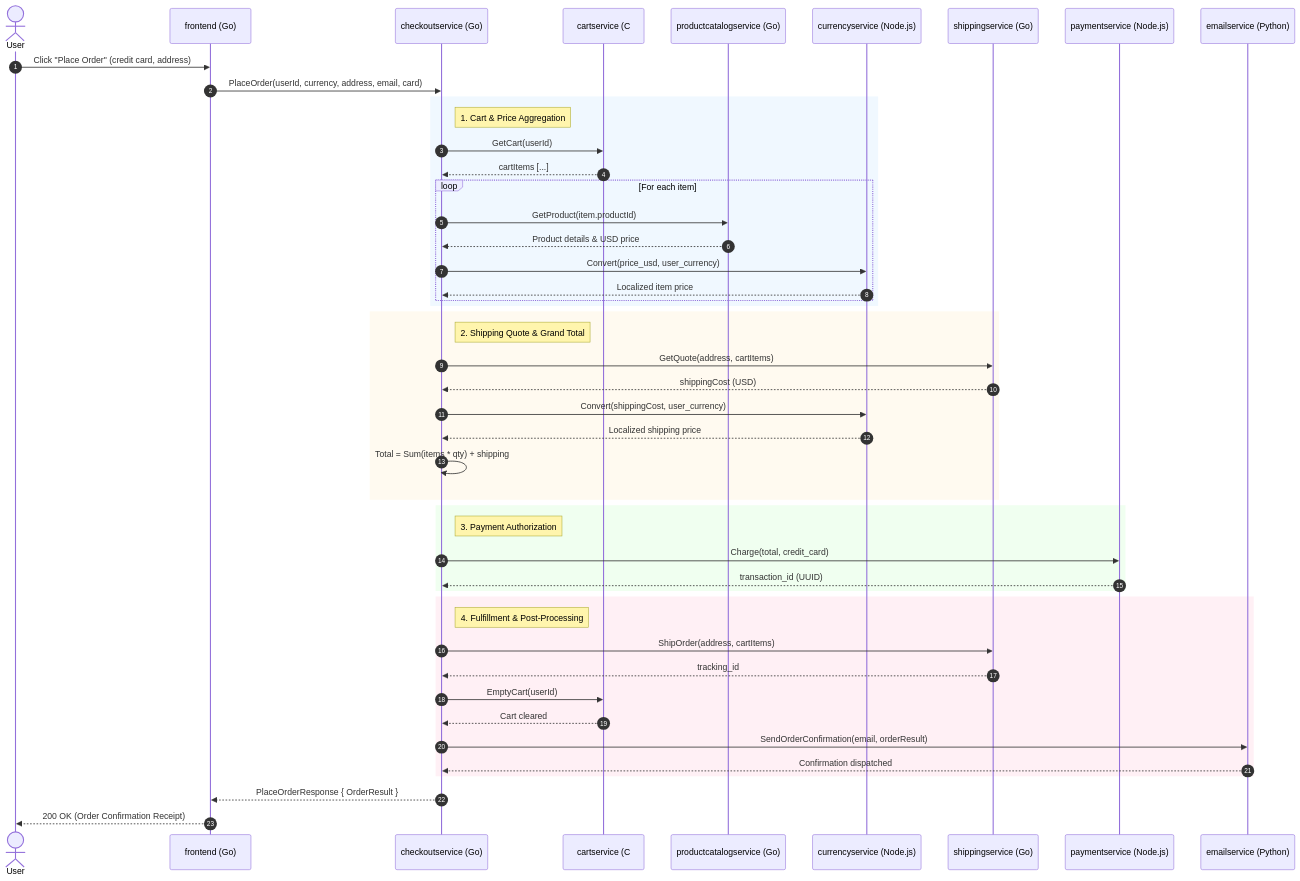
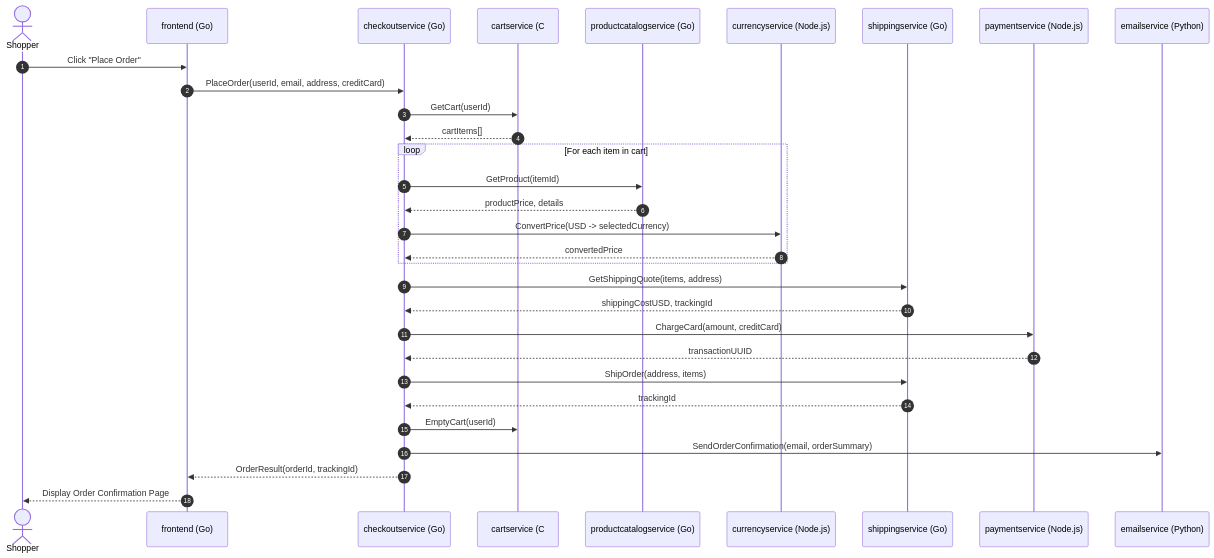
The third of 3 diagrams in README.md (syedSalman23/microservice-project), drawn with Mermaid before and after one commit. The commit also changed other lines of this file and 13 other files, not shown here.

````diff
--- a/README.md
+++ b/README.md
@@ -232,56 +216,34 @@
 ```mermaid
 sequenceDiagram
     autonumber
-    actor User
+    actor Customer as Shopper
     participant FE as frontend (Go)
     participant CK as checkoutservice (Go)
     participant CS as cartservice (C#)
     participant PC as productcatalogservice (Go)
     participant CR as currencyservice (Node.js)
     participant SH as shippingservice (Go)
     participant PM as paymentservice (Node.js)
     participant EM as emailservice (Python)
 
-    User->>FE: Click "Place Order" (credit card, address)
-    FE->>CK: PlaceOrder(userId, currency, address, email, card)
-
-    rect rgb(240, 248, 255)
-    note right of CK: 1. Cart & Price Aggregation
+    Customer->>FE: Click "Place Order"
+    FE->>CK: PlaceOrder(userId, email, address, creditCard)
     CK->>CS: GetCart(userId)
-    CS-->>CK: cartItems [...]
-    loop For each item
-        CK->>PC: GetProduct(item.productId)
-        PC-->>CK: Product details & USD price
-        CK->>CR: Convert(price_usd, user_currency)
-        CR-->>CK: Localized item price
+    CS-->>CK: cartItems[]
+    loop For each item in cart
+        CK->>PC: GetProduct(itemId)
+        PC-->>CK: productPrice, details
+        CK->>CR: ConvertPrice(USD -> selectedCurrency)
+        CR-->>CK: convertedPrice
     end
-    end
-
-    rect rgb(255, 250, 240)
-    note right of CK: 2. Shipping Quote & Grand Total
-    CK->>SH: GetQuote(address, cartItems)
-    SH-->>CK: shippingCost (USD)
-    CK->>CR: Convert(shippingCost, user_currency)
-    CR-->>CK: Localized shipping price
-    CK->>CK: Total = Sum(items * qty) + shipping
-    end
-
-    rect rgb(240, 255, 240)
-    note right of CK: 3. Payment Authorization
-    CK->>PM: Charge(total, credit_card)
-    PM-->>CK: transaction_id (UUID)
-    end
-
-    rect rgb(255, 240, 245)
-    note right of CK: 4. Fulfillment & Post-Processing
-    CK->>SH: ShipOrder(address, cartItems)
-    SH-->>CK: tracking_id
+    CK->>SH: GetShippingQuote(items, address)
+    SH-->>CK: shippingCostUSD, trackingId
+    CK->>PM: ChargeCard(amount, creditCard)
+    PM-->>CK: transactionUUID
+    CK->>SH: ShipOrder(address, items)
+    SH-->>CK: trackingId
     CK->>CS: EmptyCart(userId)
-    CS-->>CK: Cart cleared
-    CK->>EM: SendOrderConfirmation(email, orderResult)
-    EM-->>CK: Confirmation dispatched
-    end
-
-    CK-->>FE: PlaceOrderResponse { OrderResult }
-    FE-->>User: 200 OK (Order Confirmation Receipt)
+    CK->>EM: SendOrderConfirmation(email, orderSummary)
+    CK-->>FE: OrderResult(orderId, trackingId)
+    FE-->>Customer: Display Order Confirmation Page
 ```
````
